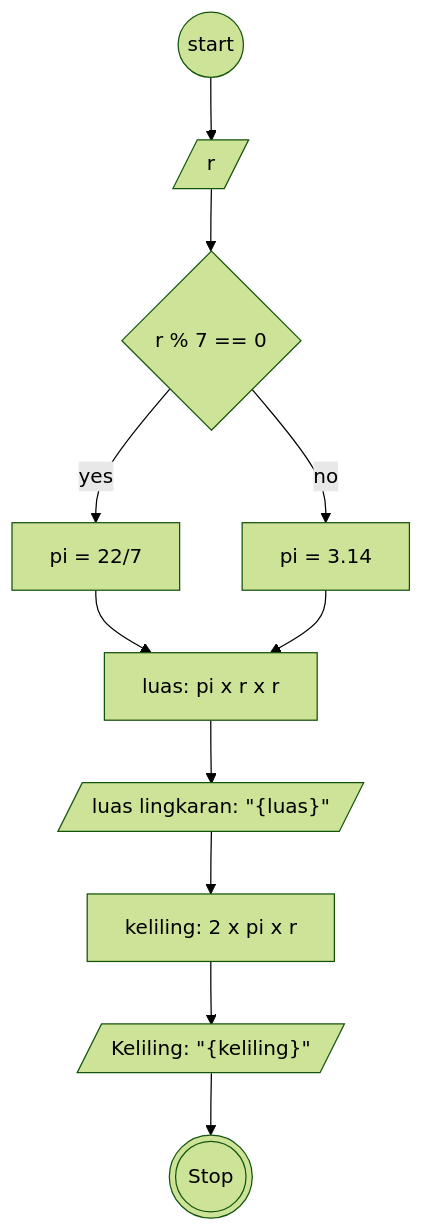
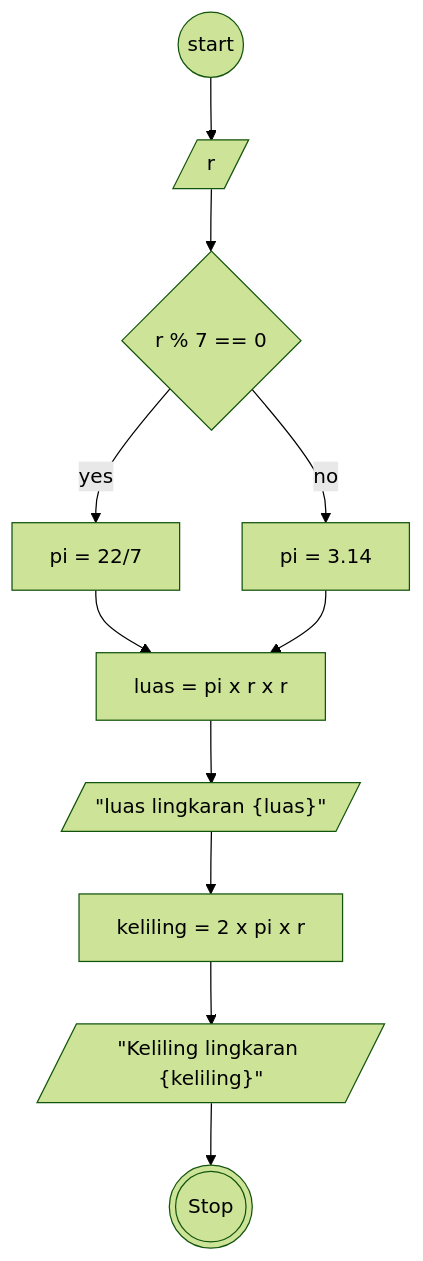
One commit to muhammadfajarr30/koda-b8-algoritma changed the diagram in luas-dan-keliling.md. Above: the diagram before and after it, drawn with Mermaid (forest theme).

````diff
--- a/luas-dan-keliling.md
+++ b/luas-dan-keliling.md
@@ -18,27 +18,27 @@
 ```mermaid
 flowchart TD
 
 a@{ shape: circle, label: "start" }
 b@{ shape: lean-r, label: "r" }
 c@{ shape: diamond, label: " r % 7 == 0" }
 d@{ shape: rect, label: "pi = 22/7" }
 e@{ shape: rect, label: "pi = 3.14" }
-f@{ shape: rect, label: "luas: pi x r x r " }
-g@{ shape: rect, label: "keliling: 2 x pi x r " }
-h@{ shape: lean-r, label: "luas lingkaran: #quot;{luas}#quot;" }
-i@{ shape: lean-r, label: "Keliling: #quot;{keliling}#quot;" }
+f@{ shape: rect, label: "luas = pi x r x r " }
+g@{ shape: rect, label: "keliling = 2 x pi x r " }
+h@{ shape: lean-r, label: "#quot;luas lingkaran {luas}#quot;" }
+i@{ shape: lean-r, label: "#quot;Keliling lingkaran {keliling}#quot;" }
 j@{ shape: dbl-circ, label: "Stop" }
 
 a --> b
 b--> c
 c-- yes --> d
 c-- no --> e
 d--> f
 e--> f
 f--> h
 h--> g
 g--> i
 i--> j
 
 
 ```
````
